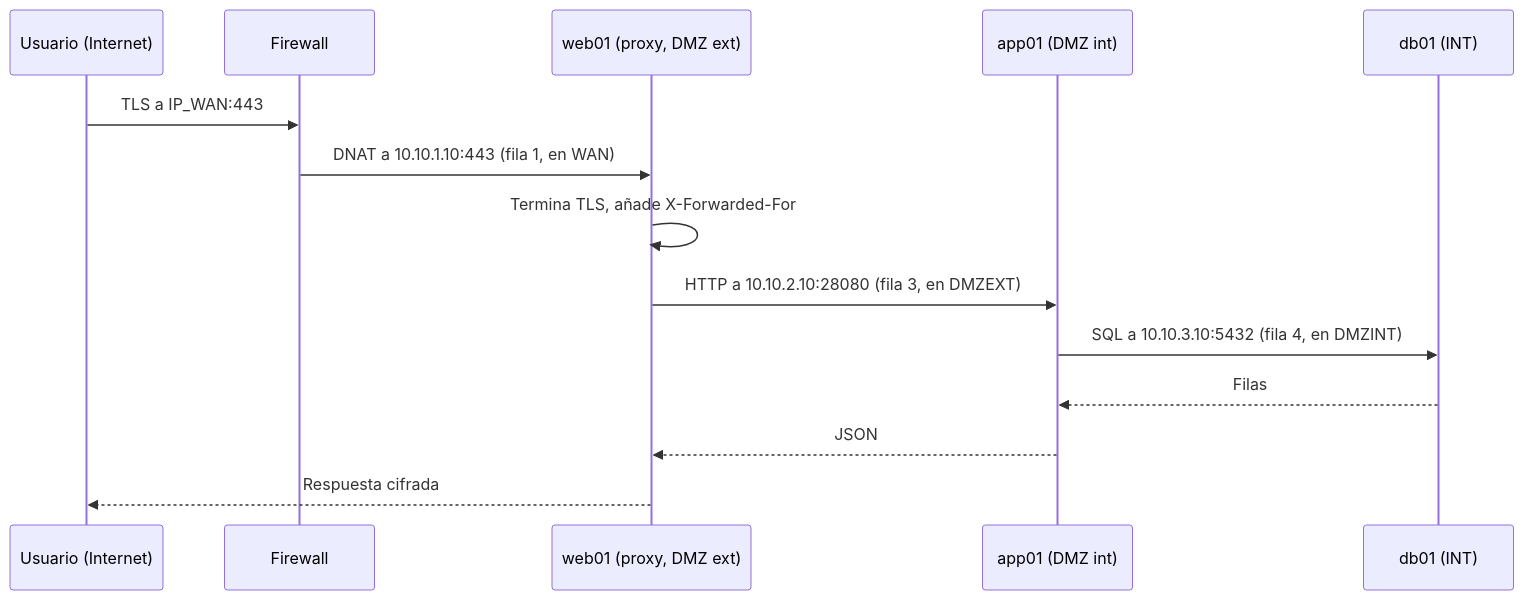
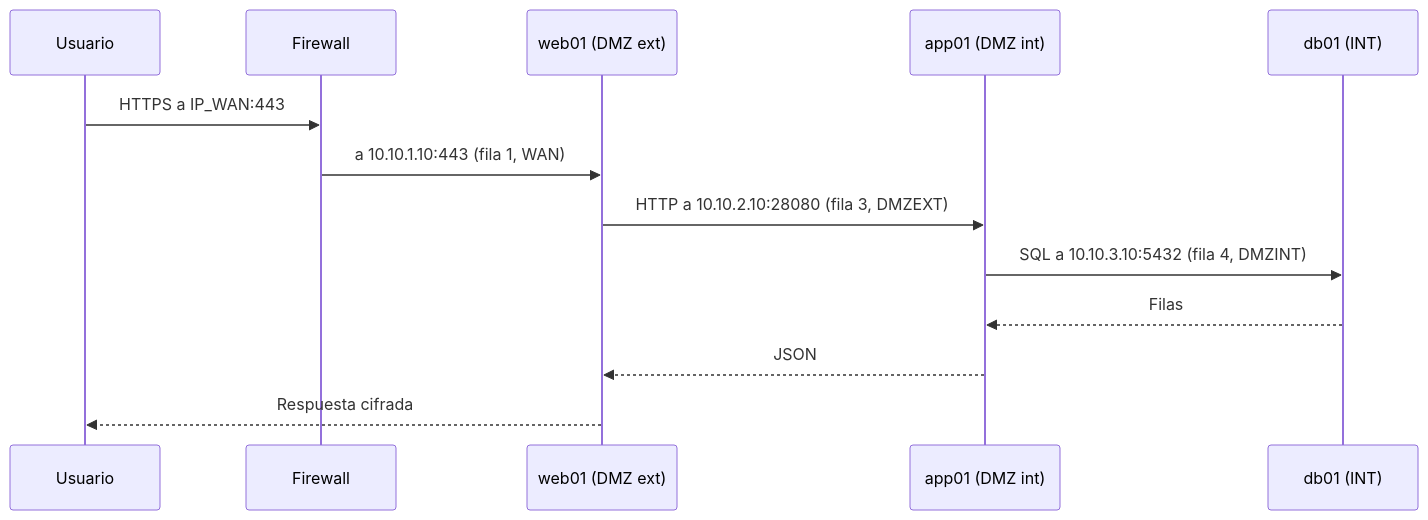
Before and after one commit to victor-educ/apuntes-5166: the third of 3 diagrams in docs/ut/ut3-seguridad-por-capas.md, drawn with Mermaid. The commit also changed other lines of this file and 4 other files, not shown here.

````diff
--- a/docs/ut/ut3-seguridad-por-capas.md
+++ b/docs/ut/ut3-seguridad-por-capas.md
@@ -500,16 +487,15 @@
 ```mermaid
 sequenceDiagram
-    participant U as Usuario (Internet)
+    participant U as Usuario
     participant FW as Firewall
-    participant P as web01 (proxy, DMZ ext)
+    participant P as web01 (DMZ ext)
     participant A as app01 (DMZ int)
     participant D as db01 (INT)
-    U->>FW: TLS a IP_WAN:443
-    FW->>P: DNAT a 10.10.1.10:443 (fila 1, en WAN)
-    P->>P: Termina TLS, añade X-Forwarded-For
-    P->>A: HTTP a 10.10.2.10:28080 (fila 3, en DMZEXT)
-    A->>D: SQL a 10.10.3.10:5432 (fila 4, en DMZINT)
+    U->>FW: HTTPS a IP_WAN:443
+    FW->>P: a 10.10.1.10:443 (fila 1, WAN)
+    P->>A: HTTP a 10.10.2.10:28080 (fila 3, DMZEXT)
+    A->>D: SQL a 10.10.3.10:5432 (fila 4, DMZINT)
     D-->>A: Filas
     A-->>P: JSON
     P-->>U: Respuesta cifrada
 ```
````
